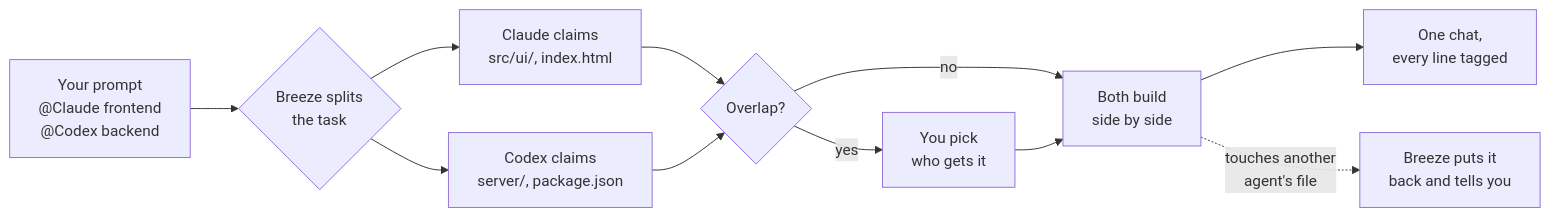
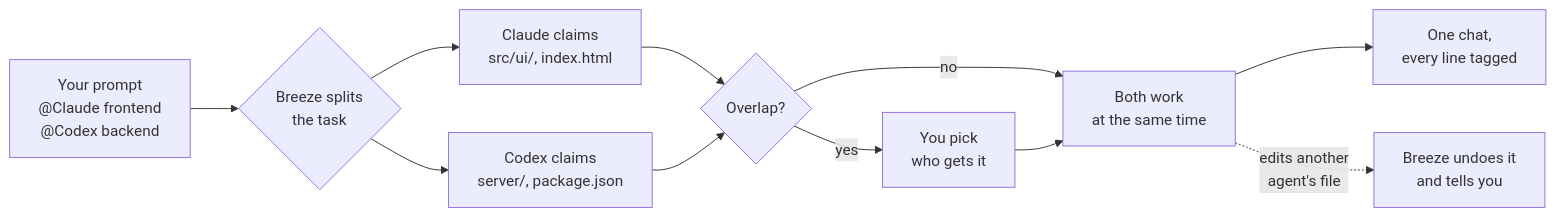
Before and after one commit to itsphatto/BreezeCode: the first of 2 diagrams in README.md, drawn with Mermaid. The commit also changed other lines of this file and 7 other files, not shown here.

````diff
--- a/README.md
+++ b/README.md
@@ -89,12 +68,12 @@
 ```mermaid
 flowchart LR
     P["Your prompt<br/>@Claude frontend<br/>@Codex backend"] --> S{"Breeze splits<br/>the task"}
     S --> C["Claude claims<br/>src/ui/, index.html"]
     S --> X["Codex claims<br/>server/, package.json"]
     C & X --> O{"Overlap?"}
     O -- "yes" --> Y["You pick<br/>who gets it"]
     O -- "no" --> B
-    Y --> B["Both build<br/>side by side"]
+    Y --> B["Both work<br/>at the same time"]
     B --> L["One chat,<br/>every line tagged"]
-    B -. "touches another<br/>agent's file" .-> G["Breeze puts it<br/>back and tells you"]
+    B -. "edits another<br/>agent's file" .-> G["Breeze undoes it<br/>and tells you"]
 ```
````
